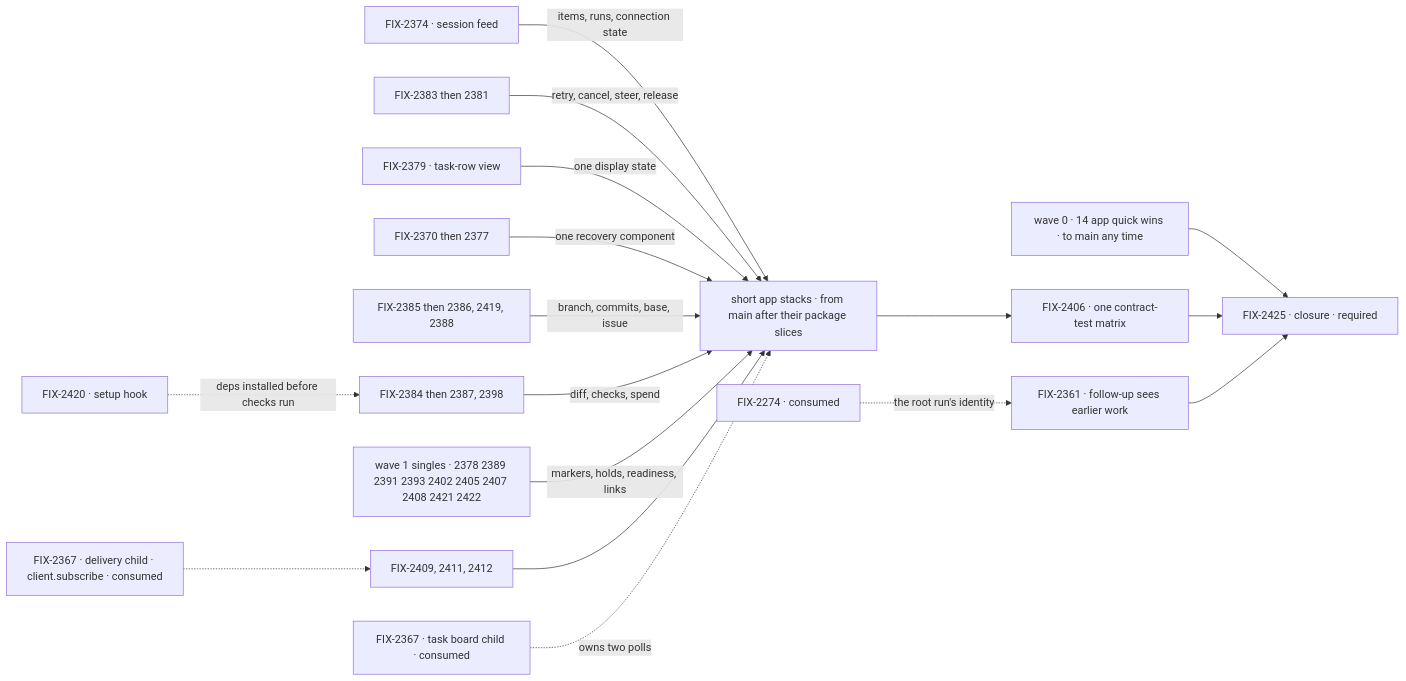
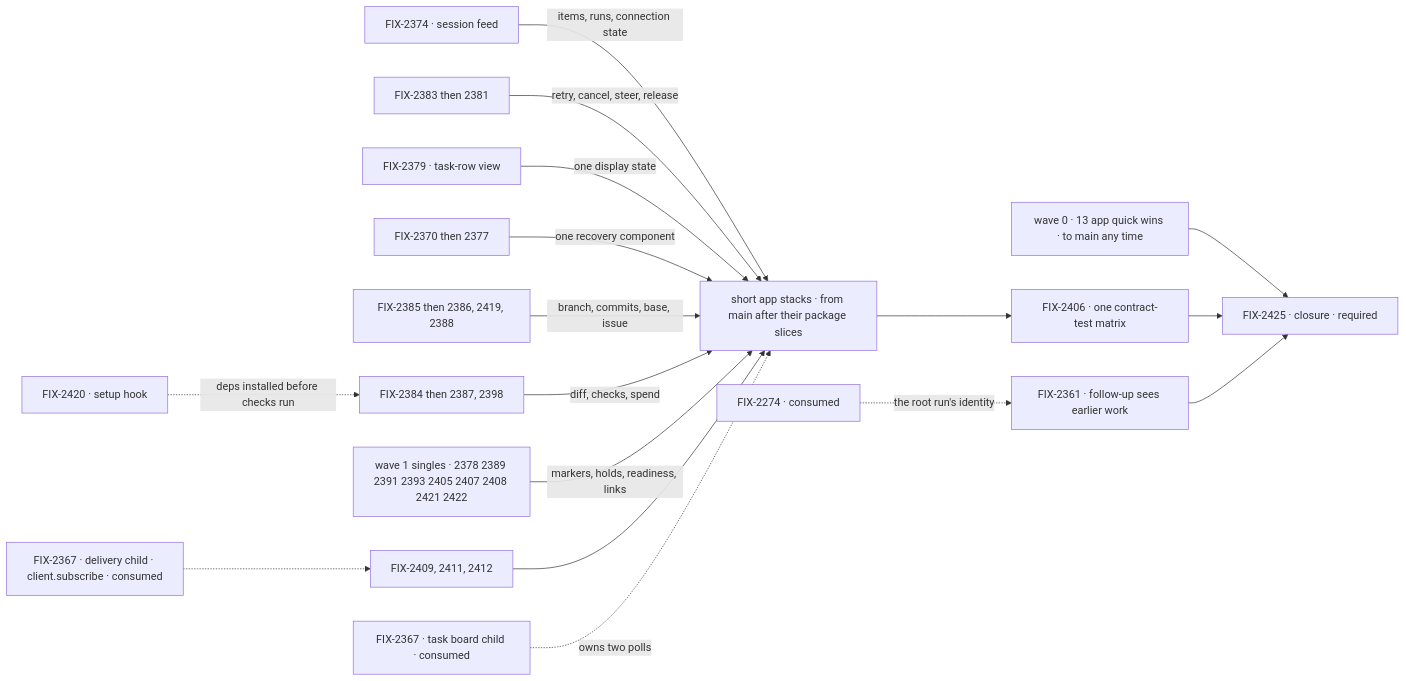
The second of 2 diagrams in specs/epics/FIX-2369/SPEC.md (fixpoint-labs/flow-state-dev), drawn with Mermaid before and after one commit. The commit also changed other lines of this file and 4 other files, not shown here.

````diff
--- a/specs/epics/FIX-2369/SPEC.md
+++ b/specs/epics/FIX-2369/SPEC.md
@@ -159,19 +153,19 @@
 ```mermaid
 flowchart LR
-  Q["wave 0 · 14 app quick wins · to main any time"] --> CL["FIX-2425 · closure · required"]
+  Q["wave 0 · 13 app quick wins · to main any time"] --> CL["FIX-2425 · closure · required"]
   A["FIX-2374 · session feed"] -->|"items, runs, connection state"| AP["short app stacks · from main after their package slices"]
   B["FIX-2383 then 2381"] -->|"retry, cancel, steer, release"| AP
   C["FIX-2379 · task-row view"] -->|"one display state"| AP
   D["FIX-2370 then 2377"] -->|"one recovery component"| AP
   H1["FIX-2385 then 2386, 2419, 2388"] -->|"branch, commits, base, issue"| AP
   H2["FIX-2384 then 2387, 2398"] -->|"diff, checks, spend"| AP
   W["FIX-2420 · setup hook"] -.->|"deps installed before checks run"| H2
-  S["wave 1 singles · 2378 2389 2391 2393 2402 2405 2407 2408 2421 2422"] -->|"markers, holds, readiness, links"| AP
+  S["wave 1 singles · 2378 2389 2391 2393 2405 2407 2408 2421 2422"] -->|"markers, holds, readiness, links"| AP
   P["FIX-2367 · delivery child · client.subscribe · consumed"] -.-> G["FIX-2409, 2411, 2412"]
   G --> AP
   T["FIX-2367 · task board child · consumed"] -.->|"owns two polls"| AP
   AP --> M6["FIX-2406 · one contract-test matrix"]
   M6 --> CL
   X1["FIX-2274 · consumed"] -.->|"the root run's identity"| X["FIX-2361 · follow-up sees earlier work"]
   X --> CL
 ```
````
